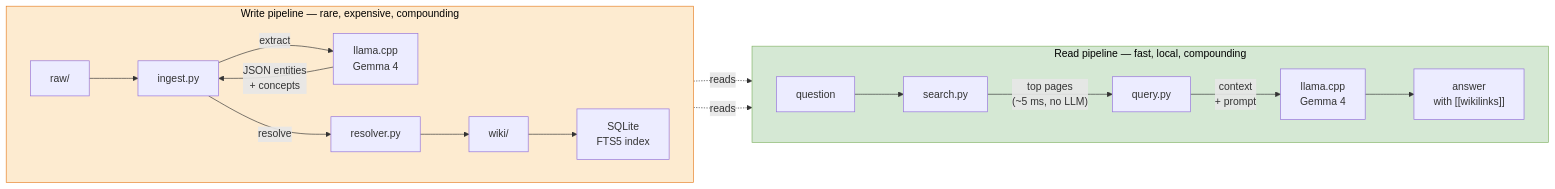
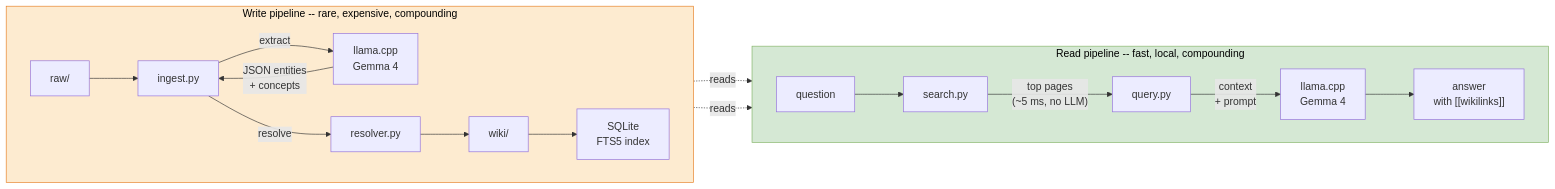
One commit to DimitrisLianos/LLM_Wiki_SecondBrain changed the second of 2 diagrams in docs/arc42/04-solution-strategy.md. Above: the diagram before and after it, drawn with Mermaid. The commit also changed other lines of this file and 10 other files, not shown here.

First line of the commit message:
fix: replace HTML entities in Mermaid blocks with plain characters

````diff
--- a/docs/arc42/04-solution-strategy.md
+++ b/docs/arc42/04-solution-strategy.md
@@ -82,37 +82,37 @@
 ```mermaid
 graph LR
- subgraph WRITE ["Write pipeline &mdash; rare, expensive, compounding"]
+ subgraph WRITE ["Write pipeline -- rare, expensive, compounding"]
  direction LR
  R["raw/"]
  I["ingest.py"]
  LM1["llama.cpp<br/>Gemma 4"]
  RS["resolver.py"]
  W["wiki/"]
  DB["SQLite<br/>FTS5 index"]
  R --> I
  I -- "extract" --> LM1
  LM1 -- "JSON entities<br/>+ concepts" --> I
  I -- "resolve" --> RS
  RS --> W
  W --> DB
  end
 
- subgraph READ ["Read pipeline &mdash; fast, local, compounding"]
+ subgraph READ ["Read pipeline -- fast, local, compounding"]
  direction LR
  Q["question"]
  S["search.py"]
  QY["query.py"]
  LM2["llama.cpp<br/>Gemma 4"]
  A["answer<br/>with [[wikilinks]]"]
  Q --> S
  S -- "top pages<br/>(~5 ms, no LLM)" --> QY
  QY -- "context<br/>+ prompt" --> LM2
  LM2 --> A
  end
 
  DB -. "reads" .-> S
  W -. "reads" .-> QY
 
  style WRITE fill:#fdebd0,stroke:#e67e22,color:#000
  style READ fill:#d5e8d4,stroke:#82b366,color:#000
 ```
````
